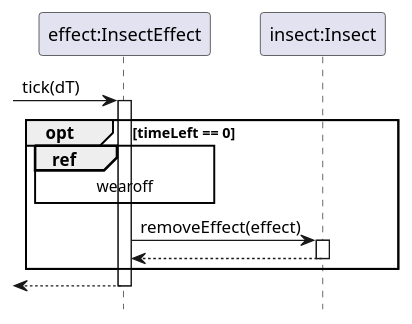
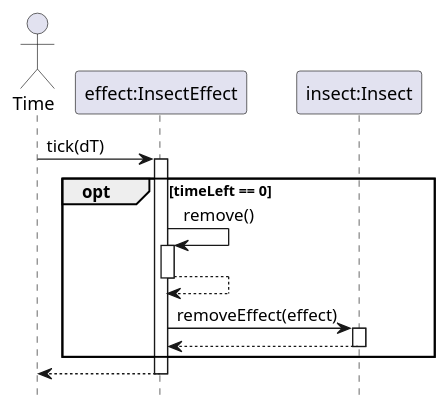
The diagram in InsectEffect/effect-wearoff.pu (ZD4ve/projlab-error521), drawn with PlantUML before and after one commit. The commit also changed 12 other files, not shown here.

Commit message:
removed unnecessary refs, added actors to seq diagrams

```diff
--- a/InsectEffect/effect-wearoff.pu
+++ b/InsectEffect/effect-wearoff.pu
@@ -1,25 +1,25 @@
 @startuml InsectEffect/effect-wearoff
 hide footbox
 
+actor Time
 participant "effect:InsectEffect" as effect
 participant "insect:Insect" as insect
 
- -> effect : tick(dT)
+Time -> effect : tick(dT)
 activate effect
 
 opt timeLeft == 0
 
-
-    ref over effect
-        wearoff
-    end ref
+    effect -> effect : remove()
+    activate effect
+    return
 
     effect -> insect : removeEffect(effect)
     activate insect
 
     return
 end
 
 return
 
 @enduml
```
